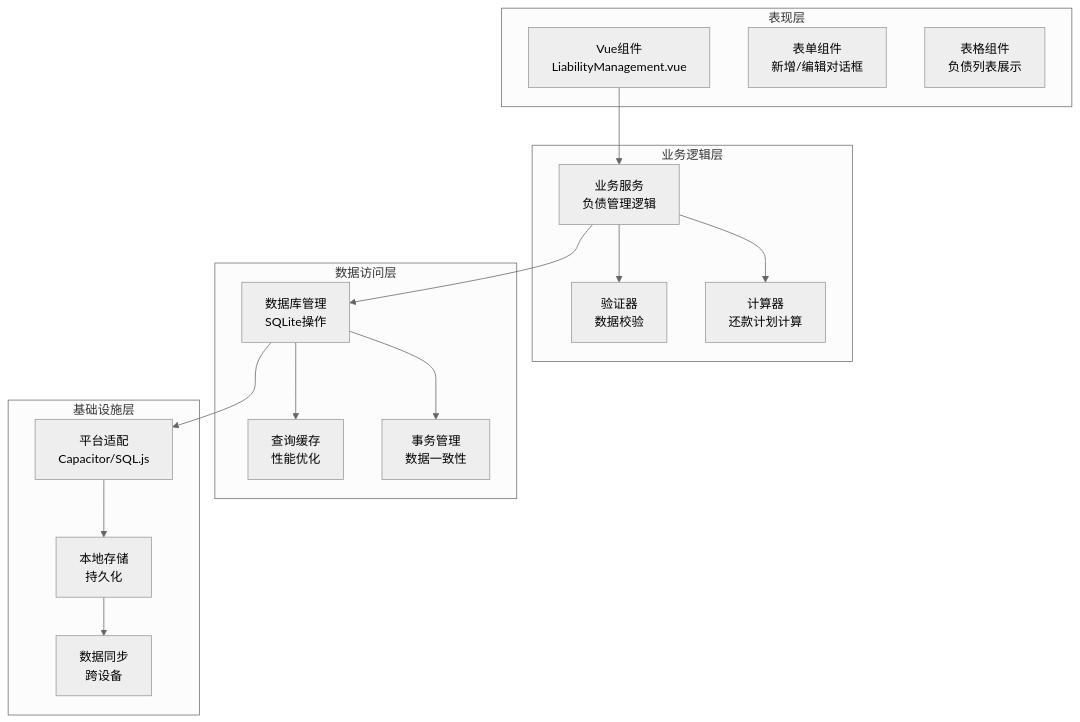
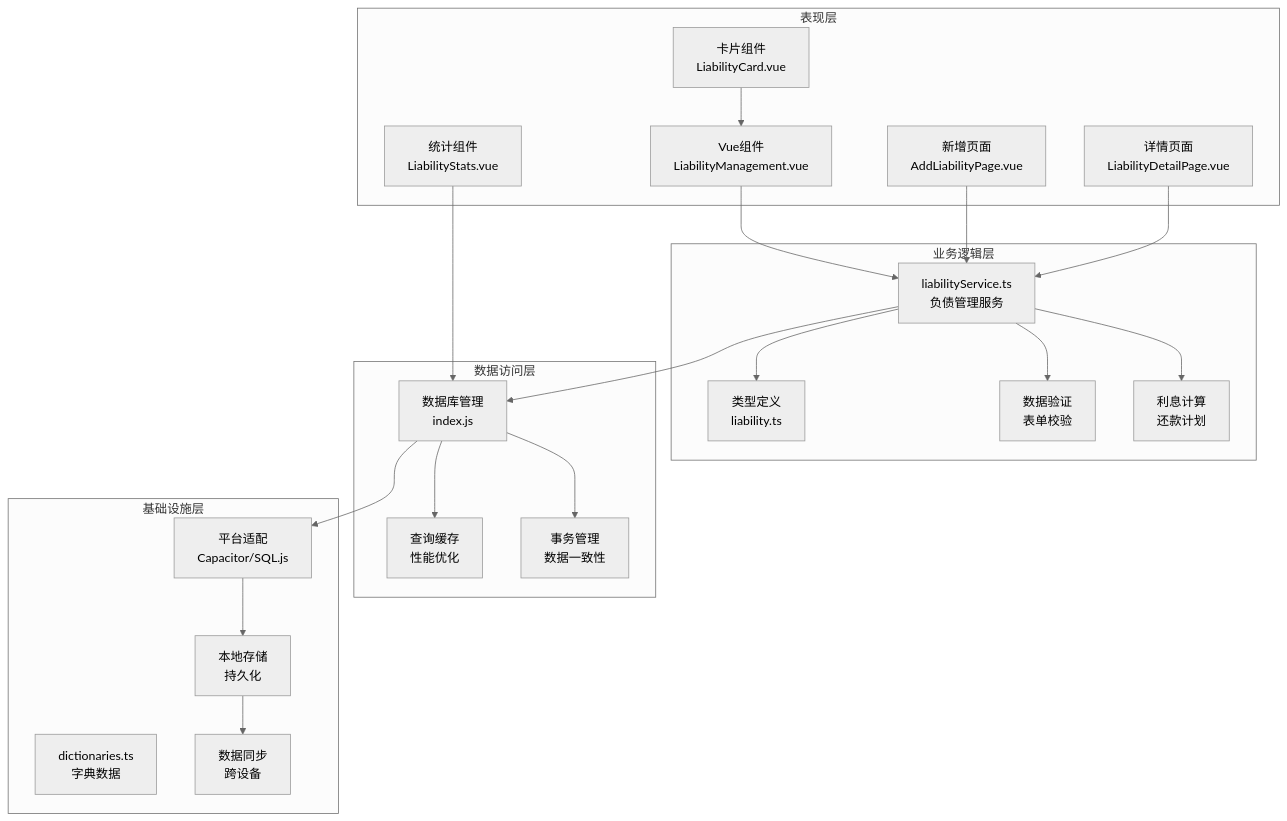
One commit to xiao-lin-unit/yuan changed the second of 8 diagrams in .qoder/repowiki/zh/content/负债管理.md. Above: the diagram before and after it, drawn with Mermaid (neutral theme). The commit also changed other lines of this file and 6 other files, not shown here.

````diff
--- a/.qoder/repowiki/zh/content/负债管理.md
+++ b/.qoder/repowiki/zh/content/负债管理.md
@@ -100,32 +126,41 @@
 ```mermaid
 graph TB
 subgraph "表现层"
 UI[Vue组件<br/>LiabilityManagement.vue]
-FORM[表单组件<br/>新增/编辑对话框]
-TABLE[表格组件<br/>负债列表展示]
+ADD[新增页面<br/>AddLiabilityPage.vue]
+DETAIL[详情页面<br/>LiabilityDetailPage.vue]
+CARD[卡片组件<br/>LiabilityCard.vue]
+STATS[统计组件<br/>LiabilityStats.vue]
 end
 subgraph "业务逻辑层"
-SERVICE[业务服务<br/>负债管理逻辑]
-VALIDATION[验证器<br/>数据校验]
-CALCULATION[计算器<br/>还款计划计算]
+SERVICE[liabilityService.ts<br/>负债管理服务]
+TYPES[类型定义<br/>liability.ts]
+VALIDATION[数据验证<br/>表单校验]
+CALCULATION[利息计算<br/>还款计划]
 end
 subgraph "数据访问层"
-DB[数据库管理<br/>SQLite操作]
+DB[数据库管理<br/>index.js]
 CACHE[查询缓存<br/>性能优化]
 TRANSACTION[事务管理<br/>数据一致性]
 end
 subgraph "基础设施层"
+DICTIONARY[dictionaries.ts<br/>字典数据]
 PLATFORM[平台适配<br/>Capacitor/SQL.js]
 STORAGE[本地存储<br/>持久化]
 SYNC[数据同步<br/>跨设备]
 end
 UI --> SERVICE
+ADD --> SERVICE
+DETAIL --> SERVICE
+CARD --> UI
+STATS --> DB
+SERVICE --> TYPES
 SERVICE --> VALIDATION
 SERVICE --> CALCULATION
 SERVICE --> DB
 DB --> CACHE
 DB --> TRANSACTION
 DB --> PLATFORM
 PLATFORM --> STORAGE
 STORAGE --> SYNC
 ```
````
